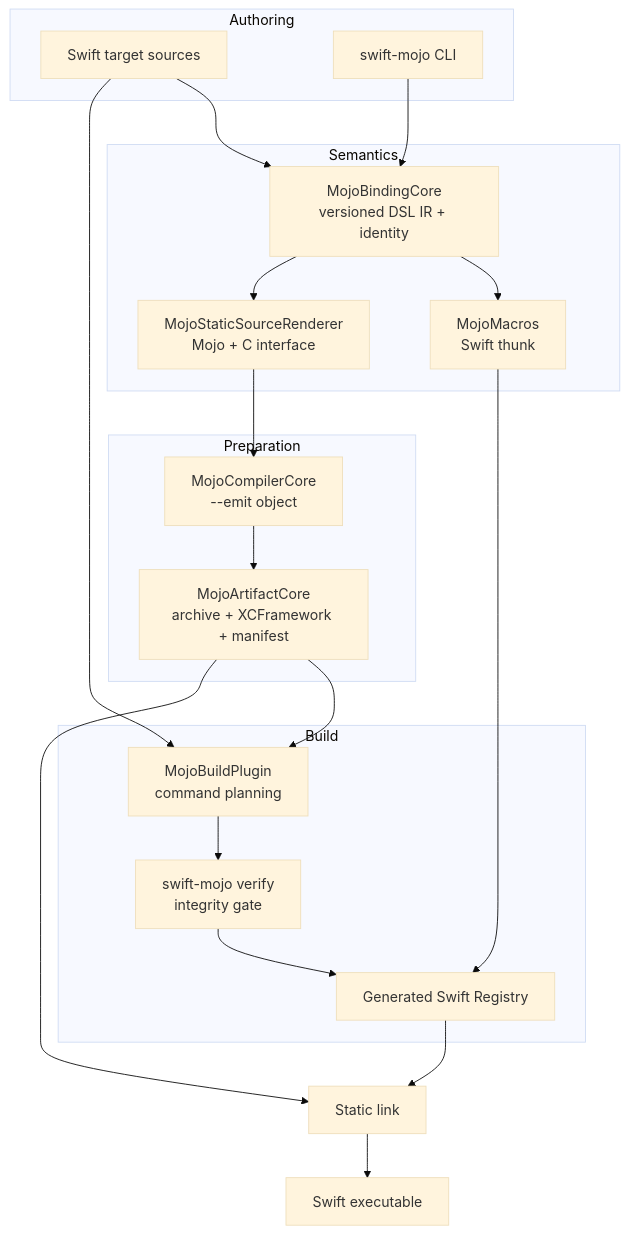
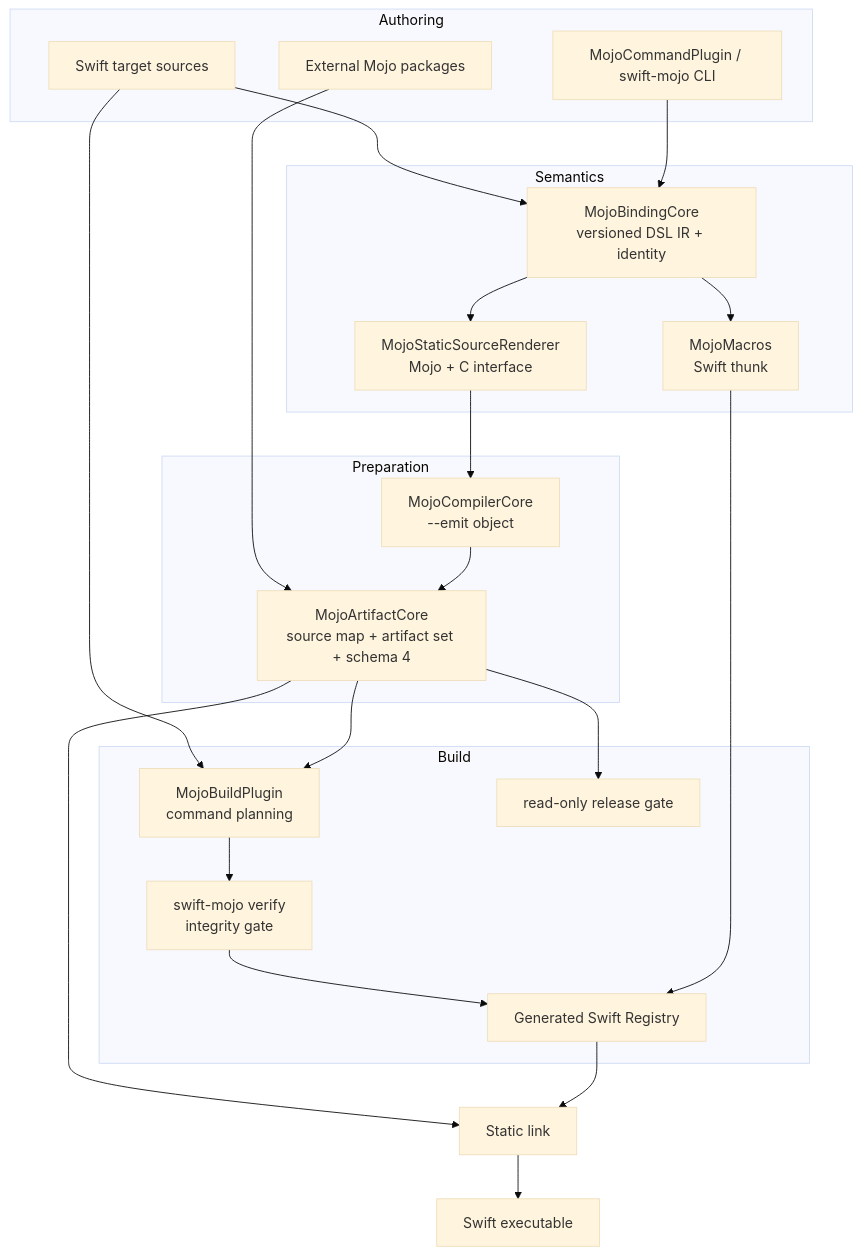
The first of 3 diagrams in docs/DESIGN.md (1amageek/swift-mojo), drawn with Mermaid (base theme) before and after one commit. The commit also changed other lines of this file and 84 other files, not shown here.

Commit message:
Implement release-verified Mojo artifact pipeline

````diff
--- a/docs/DESIGN.md
+++ b/docs/DESIGN.md
@@ -36,34 +35,38 @@
 ```mermaid
 flowchart TB
     subgraph Authoring
         Swift["Swift target sources"]
-        CLI["swift-mojo CLI"]
+        CLI["MojoCommandPlugin / swift-mojo CLI"]
+        External["External Mojo packages"]
     end
 
     subgraph Semantics
         IR["MojoBindingCore<br/>versioned DSL IR + identity"]
         Macro["MojoMacros<br/>Swift thunk"]
         Renderer["MojoStaticSourceRenderer<br/>Mojo + C interface"]
     end
 
     subgraph Preparation
         Compiler["MojoCompilerCore<br/>--emit object"]
-        Packager["MojoArtifactCore<br/>archive + XCFramework + manifest"]
+        Packager["MojoArtifactCore<br/>source map + artifact set + schema 4"]
     end
 
     subgraph Build
         Plugin["MojoBuildPlugin<br/>command planning"]
         Verifier["swift-mojo verify<br/>integrity gate"]
         Registry["Generated Swift Registry"]
+        Release["read-only release gate"]
     end
 
     Swift --> IR
     IR --> Macro
     CLI --> IR
+    External --> Packager
     IR --> Renderer --> Compiler --> Packager
     Swift --> Plugin
     Packager --> Plugin --> Verifier --> Registry
+    Packager --> Release
     Macro --> Registry
     Packager --> Link["Static link"]
     Registry --> Link --> Executable["Swift executable"]
 ```
````
